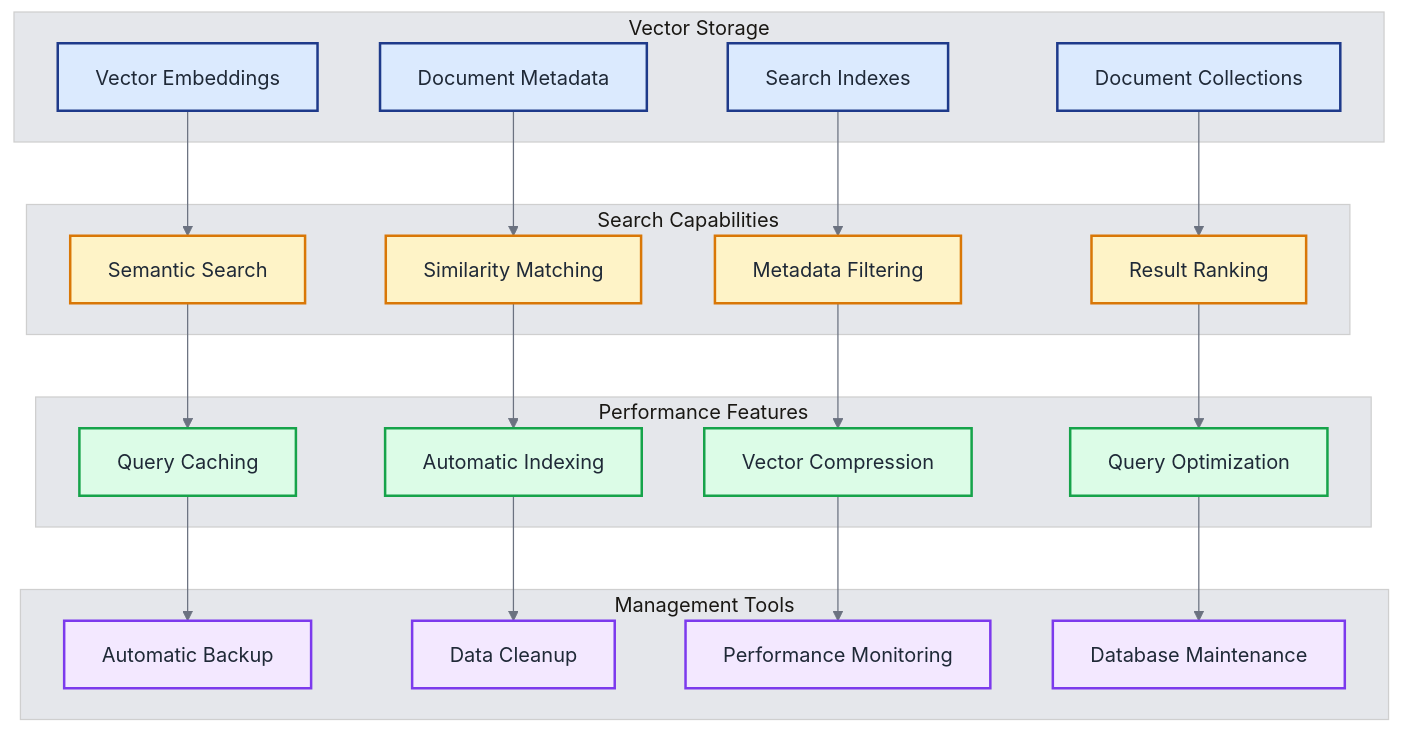
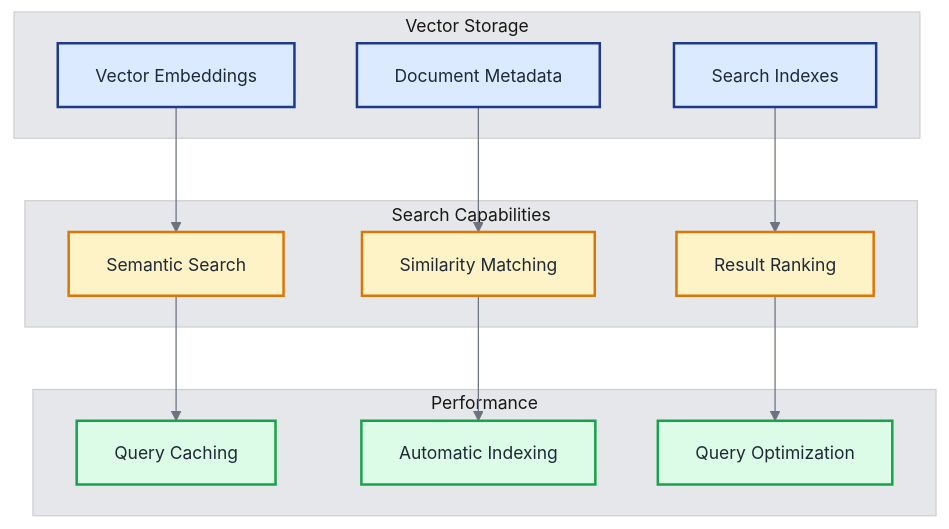
One commit to khaosans/basic-chat changed the seventh of 7 diagrams in docs/FEATURES.md. Above: the diagram before and after it, drawn with Mermaid. The commit also changed other lines of this file and 3 other files, not shown here.

Commit message:
docs: Revise technical overview and update architecture diagrams - Simplify terminology and improve clarity in diagrams - Adjust font sizes and class definitions for better readability

````diff
--- a/docs/FEATURES.md
+++ b/docs/FEATURES.md
@@ -765,56 +466,37 @@
 ```mermaid
-%%{init: {'theme': 'base', 'themeVariables': { 'fontSize': '16px', 'fontFamily': 'Arial, sans-serif', 'primaryColor': '#1e3a8a', 'primaryTextColor': '#1f2937', 'primaryBorderColor': '#374151', 'lineColor': '#6b7280', 'secondaryColor': '#f3f4f6', 'tertiaryColor': '#e5e7eb', 'edgeLabelBackground': '#f9fafb'}}}%%
+%%{init: {'theme': 'base', 'themeVariables': { 'fontSize': '14px', 'fontFamily': 'Arial, sans-serif', 'primaryColor': '#1e3a8a', 'primaryTextColor': '#1f2937', 'primaryBorderColor': '#374151', 'lineColor': '#6b7280', 'secondaryColor': '#f3f4f6', 'tertiaryColor': '#e5e7eb'}}}%%
 graph TB
     subgraph "Vector Storage"
         EMBEDDINGS[Vector Embeddings]
         METADATA[Document Metadata]
         INDEXES[Search Indexes]
-        COLLECTIONS[Document Collections]
     end
     
     subgraph "Search Capabilities"
-        SEMANTIC_SEARCH[Semantic Search]
+        SEMANTIC[Semantic Search]
         SIMILARITY[Similarity Matching]
-        FILTERING[Metadata Filtering]
         RANKING[Result Ranking]
     end
     
-    subgraph "Performance Features"
+    subgraph "Performance"
         CACHING[Query Caching]
         INDEXING[Automatic Indexing]
-        COMPRESSION[Vector Compression]
         OPTIMIZATION[Query Optimization]
     end
     
-    subgraph "Management Tools"
-        BACKUP[Automatic Backup]
-        CLEANUP[Data Cleanup]
-        MONITORING[Performance Monitoring]
-        MAINTENANCE[Database Maintenance]
-    end
+    EMBEDDINGS --> SEMANTIC
+    METADATA --> SIMILARITY
+    INDEXES --> RANKING
     
-    EMBEDDINGS --> SEMANTIC_SEARCH
-    METADATA --> SIMILARITY
-    INDEXES --> FILTERING
-    COLLECTIONS --> RANKING
-    
-    SEMANTIC_SEARCH --> CACHING
+    SEMANTIC --> CACHING
     SIMILARITY --> INDEXING
-    FILTERING --> COMPRESSION
     RANKING --> OPTIMIZATION
-    
-    CACHING --> BACKUP
-    INDEXING --> CLEANUP
-    COMPRESSION --> MONITORING
-    OPTIMIZATION --> MAINTENANCE
     
     classDef storage fill:#dbeafe,stroke:#1e3a8a,stroke-width:2px,color:#1f2937
     classDef search fill:#fef3c7,stroke:#d97706,stroke-width:2px,color:#1f2937
     classDef performance fill:#dcfce7,stroke:#16a34a,stroke-width:2px,color:#1f2937
-    classDef management fill:#f3e8ff,stroke:#7c3aed,stroke-width:2px,color:#1f2937
     
-    class EMBEDDINGS,METADATA,INDEXES,COLLECTIONS storage
-    class SEMANTIC_SEARCH,SIMILARITY,FILTERING,RANKING search
-    class CACHING,INDEXING,COMPRESSION,OPTIMIZATION performance
-    class BACKUP,CLEANUP,MONITORING,MAINTENANCE management
+    class EMBEDDINGS,METADATA,INDEXES storage
+    class SEMANTIC,SIMILARITY,RANKING search
+    class CACHING,INDEXING,OPTIMIZATION performance
 ```
````
